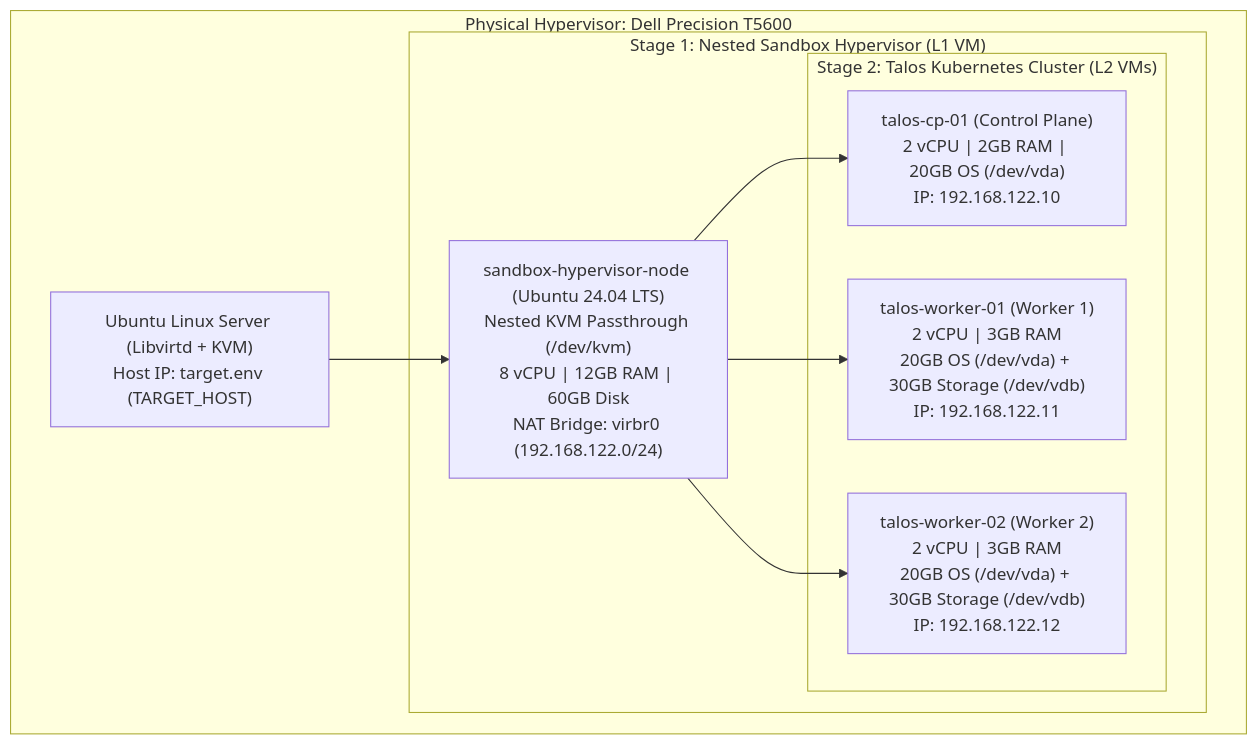
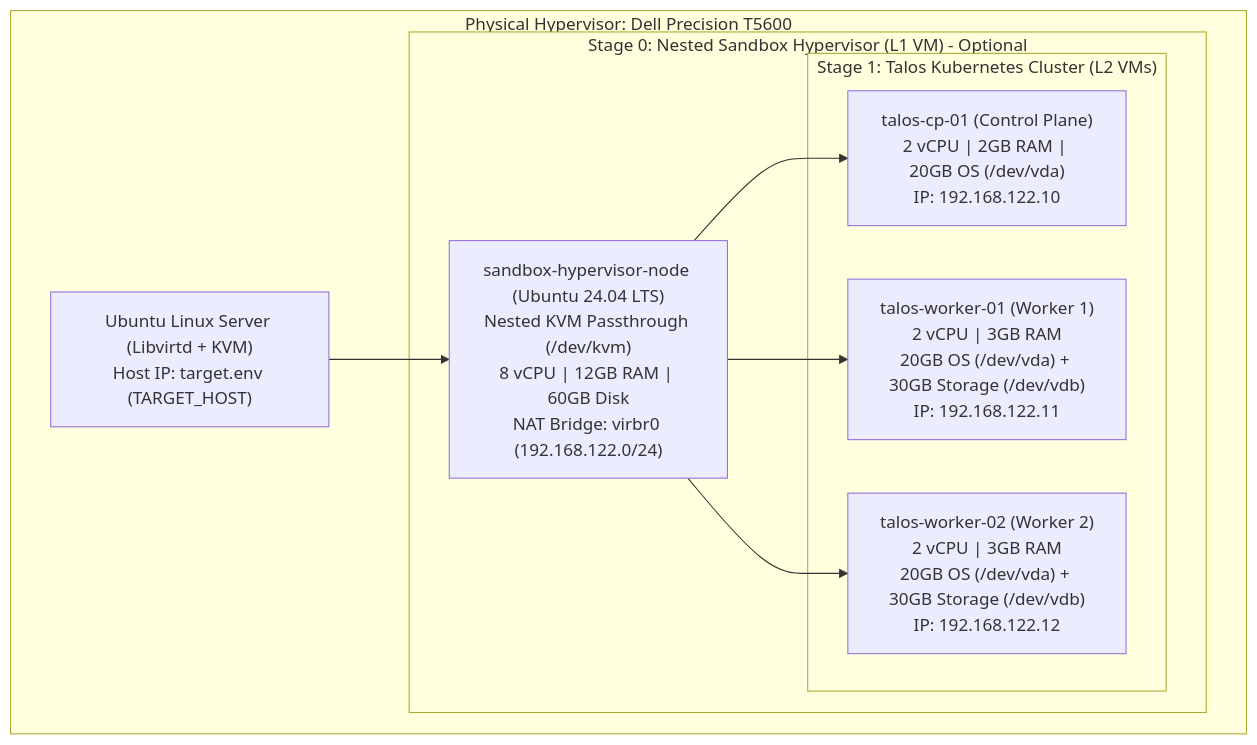
The first of 4 diagrams in docs/01-architecture.md (celttechie/talos-k8s-platform), drawn with Mermaid before and after one commit. The commit also changed 27 other files, not shown here.

First line of the commit message:
feat: refactor stage architecture to Layer 0 (sandbox) and Layer 1 (talos cluster) (#47)

````diff
--- a/docs/01-architecture.md
+++ b/docs/01-architecture.md
@@ -11,21 +11,21 @@
 ```mermaid
 flowchart TD
     subgraph Host ["Physical Hypervisor: Dell Precision T5600"]
         BareMetal["Ubuntu Linux Server (Libvirtd + KVM)\nHost IP: target.env (TARGET_HOST)"]
 
-        subgraph Stage1 ["Stage 1: Nested Sandbox Hypervisor (L1 VM)"]
+        subgraph Stage0 ["Stage 0: Nested Sandbox Hypervisor (L1 VM) - Optional"]
             SandboxVM["sandbox-hypervisor-node (Ubuntu 24.04 LTS)\nNested KVM Passthrough (/dev/kvm)\n8 vCPU | 12GB RAM | 60GB Disk\nNAT Bridge: virbr0 (192.168.122.0/24)"]
 
-            subgraph Stage2 ["Stage 2: Talos Kubernetes Cluster (L2 VMs)"]
+            subgraph Stage1 ["Stage 1: Talos Kubernetes Cluster (L2 VMs)"]
                 CP["talos-cp-01 (Control Plane)\n2 vCPU | 2GB RAM | 20GB OS (/dev/vda)\nIP: 192.168.122.10"]
                 W1["talos-worker-01 (Worker 1)\n2 vCPU | 3GB RAM\n20GB OS (/dev/vda) + 30GB Storage (/dev/vdb)\nIP: 192.168.122.11"]
                 W2["talos-worker-02 (Worker 2)\n2 vCPU | 3GB RAM\n20GB OS (/dev/vda) + 30GB Storage (/dev/vdb)\nIP: 192.168.122.12"]
             end
         end
     end
 
     BareMetal --> SandboxVM
     SandboxVM --> CP
     SandboxVM --> W1
     SandboxVM --> W2
 ```
````
